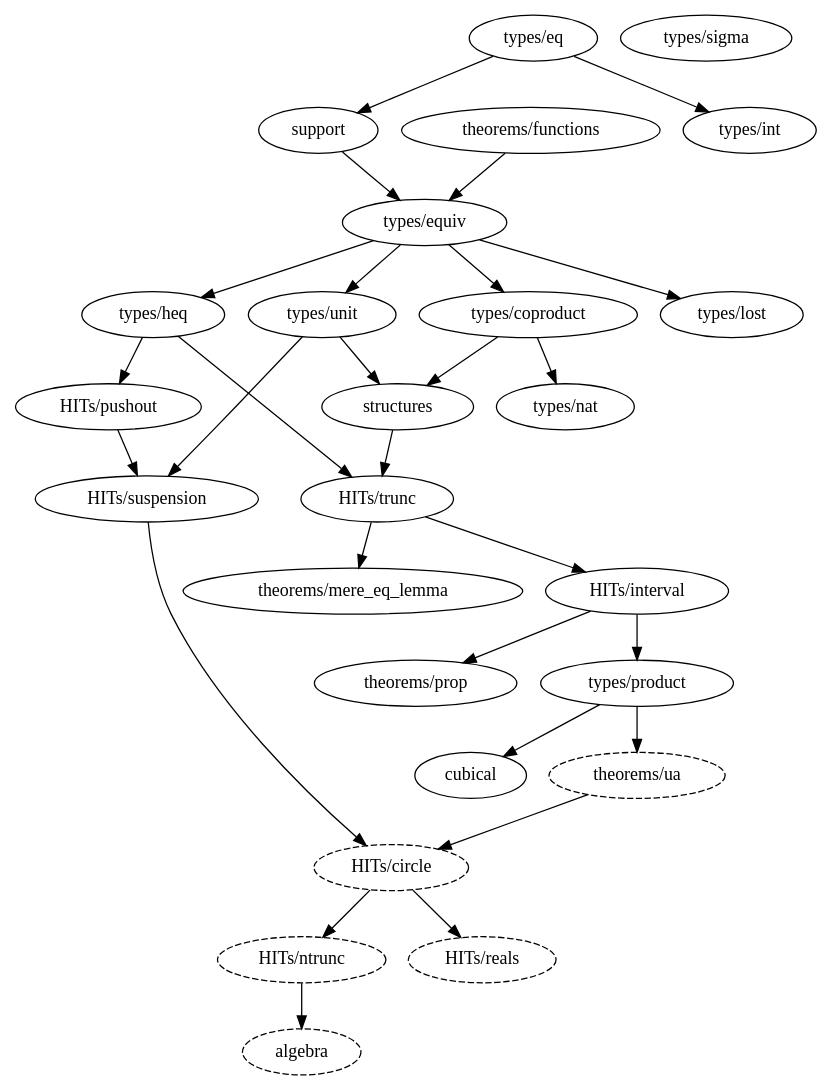
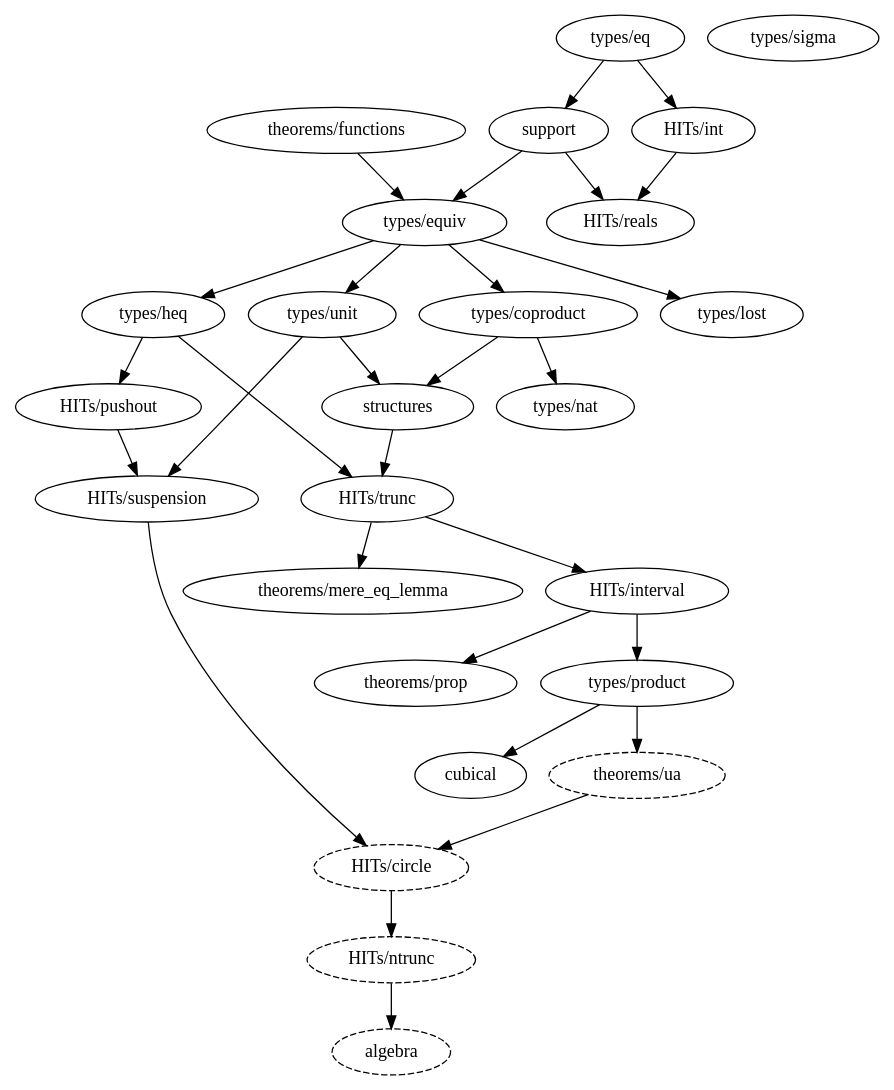
One commit to forked-from-1kasper/ground_zero changed the diagram in dependency_map.gv. Above: the diagram before and after it, drawn with Graphviz. The commit also changed 3 other files, not shown here.

Commit message:
move int.lean from types to HITs

```diff
--- a/dependency_map.gv
+++ b/dependency_map.gv
@@ -1,57 +1,57 @@
 digraph dependency_map {
   algebra [style=dashed]
   "HITs/ntrunc" -> algebra
 
   "HITs/circle" [style=dashed]
   "HITs/suspension" -> "HITs/circle"
   "theorems/ua" -> "HITs/circle"
 
   "types/equiv" -> "types/coproduct"
 
   "types/product" -> cubical
 
   "types/equiv" -> "types/heq"
 
   support -> "types/equiv"
   "theorems/functions" -> "types/equiv"
 
-  "types/eq" -> "types/int"
+  "types/eq" -> "HITs/int"
 
   "HITs/trunc" -> "HITs/interval"
 
   "HITs/trunc" -> "theorems/mere_eq_lemma"
 
   "HITs/ntrunc" [style=dashed]
   "HITs/circle" -> "HITs/ntrunc"
 
   "HITs/interval" -> "types/product"
 
   "HITs/interval" -> "theorems/prop"
 
   "types/heq" -> "HITs/pushout"
 
-  "HITs/reals" [style=dashed]
-  "HITs/circle" -> "HITs/reals"
+  support -> "HITs/reals"
+  "HITs/int" -> "HITs/reals"
 
   "types/unit" -> structures
   "types/coproduct" -> structures
 
   "types/eq" -> support
 
   "HITs/pushout" -> "HITs/suspension"
   "types/unit" -> "HITs/suspension"
 
   structures -> "HITs/trunc"
   "types/heq" -> "HITs/trunc"
 
   "theorems/ua" [style=dashed]
   "types/product" -> "theorems/ua"
 
   "types/equiv" -> "types/unit"
 
   "types/coproduct" -> "types/nat"
 
   "types/equiv" -> "types/lost"
 
   "types/sigma"
 }
```
